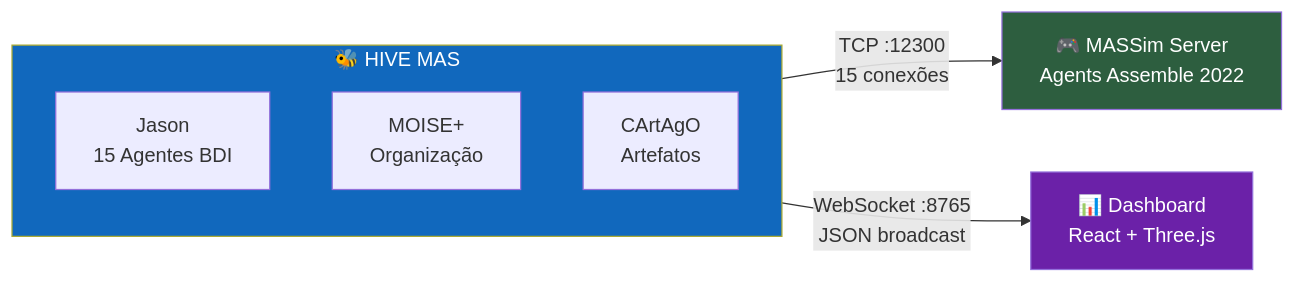
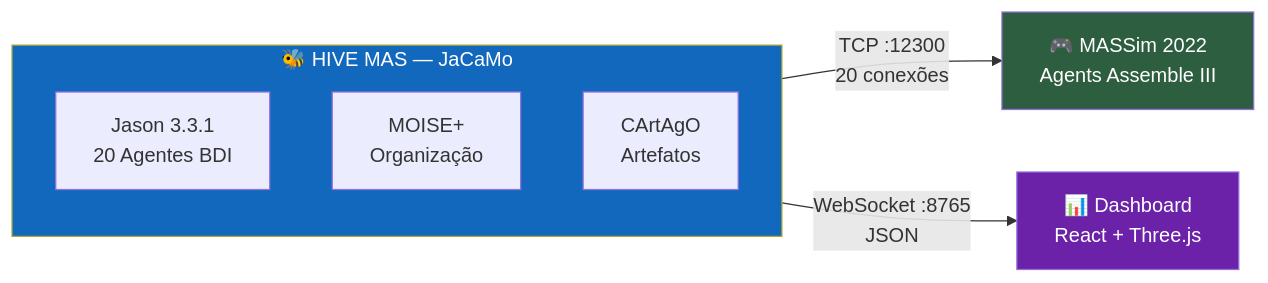
One commit to THIAGONOMA/PCS5703-MAS-HIVE changed the first of 7 diagrams in README.md. Above: the diagram before and after it, drawn with Mermaid. The commit also changed other lines of this file and 8 other files, not shown here.

````diff
--- a/README.md
+++ b/README.md
@@ -9,18 +5,18 @@
 ```mermaid
 graph LR
-    subgraph HIVE["🐝 HIVE MAS"]
-        J["Jason<br/>15 Agentes BDI"]
+    subgraph HIVE["🐝 HIVE MAS — JaCaMo"]
+        J["Jason 3.3.1<br/>20 Agentes BDI"]
         M["MOISE+<br/>Organização"]
         C["CArtAgO<br/>Artefatos"]
     end
     
-    MASSIM["🎮 MASSim Server<br/>Agents Assemble 2022"]
+    MASSIM["🎮 MASSim 2022<br/>Agents Assemble III"]
     DASH["📊 Dashboard<br/>React + Three.js"]
     
-    HIVE -->|"TCP :12300<br/>15 conexões"| MASSIM
-    HIVE -->|"WebSocket :8765<br/>JSON broadcast"| DASH
+    HIVE -->|"TCP :12300<br/>20 conexões"| MASSIM
+    HIVE -->|"WebSocket :8765<br/>JSON"| DASH
     
     style HIVE fill:#1168bd,color:#fff
     style MASSIM fill:#2d5e3f,color:#fff
     style DASH fill:#6b21a8,color:#fff
 ```
````
